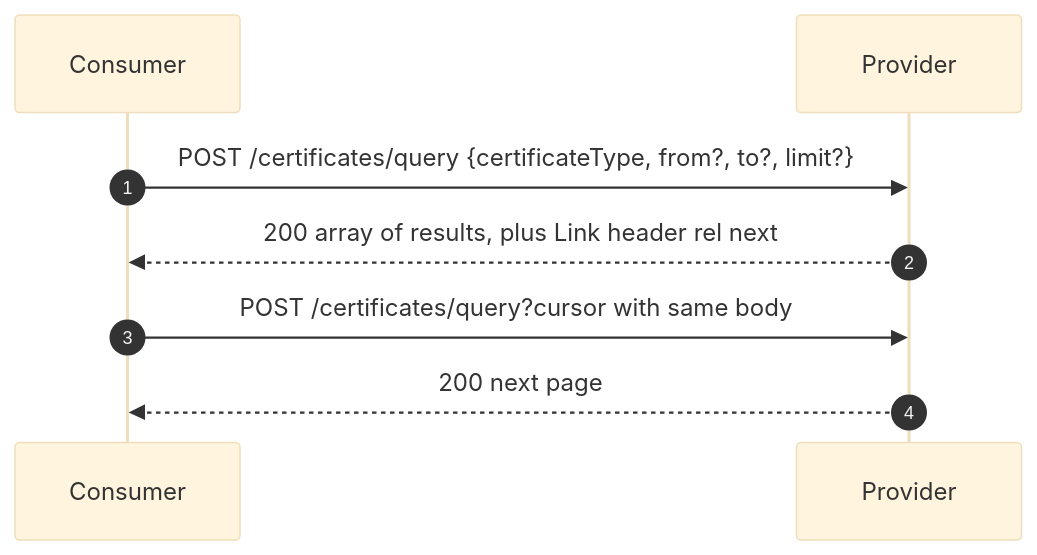
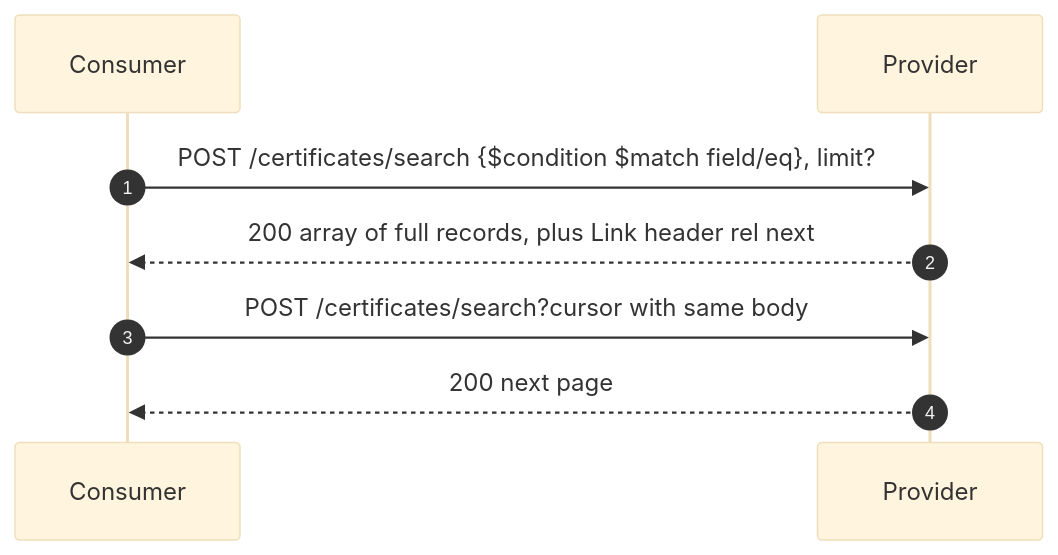
One commit to Metaform/certo changed the fifth of 5 diagrams in docs/FLOWS.md. Above: the diagram before and after it, drawn with Mermaid (base theme). The commit also changed other lines of this file and 50 other files, not shown here.

````diff
--- a/docs/FLOWS.md
+++ b/docs/FLOWS.md
@@ -220,10 +228,10 @@
 ```mermaid
 sequenceDiagram
     autonumber
     participant C as Consumer
     participant P as Provider
-    C->>P: POST /certificates/query {certificateType, from?, to?, limit?}
-    P-->>C: 200 array of results, plus Link header rel next
-    C->>P: POST /certificates/query?cursor with same body
+    C->>P: POST /certificates/search {$condition $match field/eq}, limit?
+    P-->>C: 200 array of full records, plus Link header rel next
+    C->>P: POST /certificates/search?cursor with same body
     P-->>C: 200 next page
 ```
````
